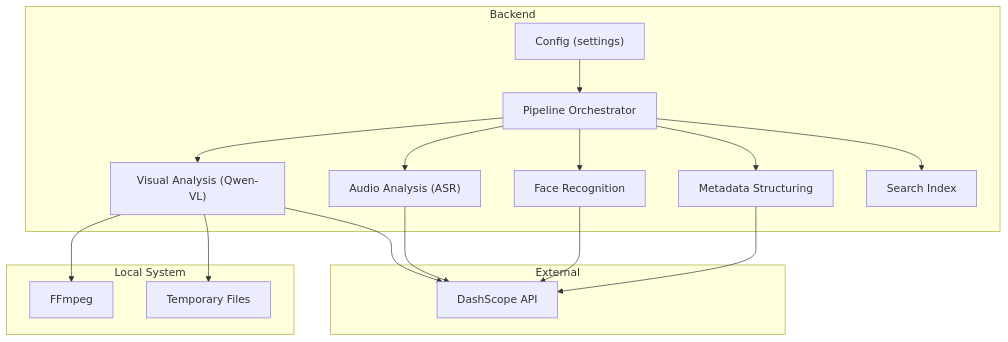
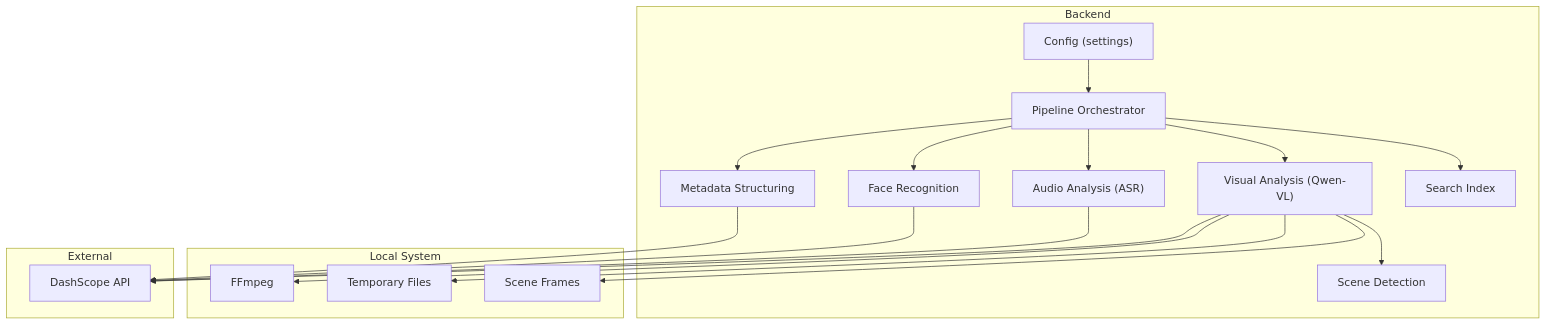
One commit to alexandreybasta-cyber/dubai-media-ai changed the first of 8 diagrams in .qoder/repowiki/en/content/Media Processing Pipeline/Visual Analysis Stage.md. Above: the diagram before and after it, drawn with Mermaid. The commit also changed other lines of this file and 49 other files, not shown here.

````diff
--- a/.qoder/repowiki/en/content/Media Processing Pipeline/Visual Analysis Stage.md
+++ b/.qoder/repowiki/en/content/Media Processing Pipeline/Visual Analysis Stage.md
@@ -41,31 +46,35 @@
 ```mermaid
 graph TB
 subgraph "Backend"
 CFG["Config (settings)"]
 ORCH["Pipeline Orchestrator"]
 VA["Visual Analysis (Qwen-VL)"]
+SD["Scene Detection"]
 ASR["Audio Analysis (ASR)"]
 FR["Face Recognition"]
 MS["Metadata Structuring"]
 SI["Search Index"]
 end
 subgraph "Local System"
 FFMPEG["FFmpeg"]
 TMP["Temporary Files"]
+SCENES["Scene Frames"]
 end
 subgraph "External"
 DS["DashScope API"]
 end
 CFG --> ORCH
 ORCH --> VA
 ORCH --> ASR
 ORCH --> FR
 ORCH --> MS
 ORCH --> SI
+VA --> SD
 VA --> FFMPEG
 VA --> TMP
+VA --> SCENES
 VA --> DS
 ASR --> DS
 FR --> DS
 MS --> DS
 ```
````
